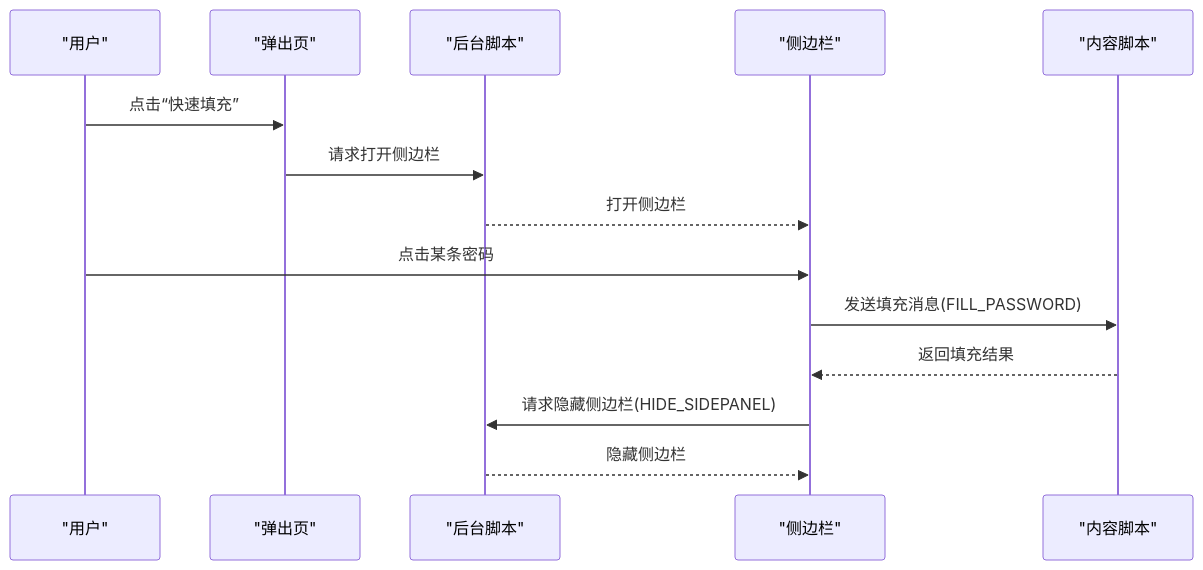
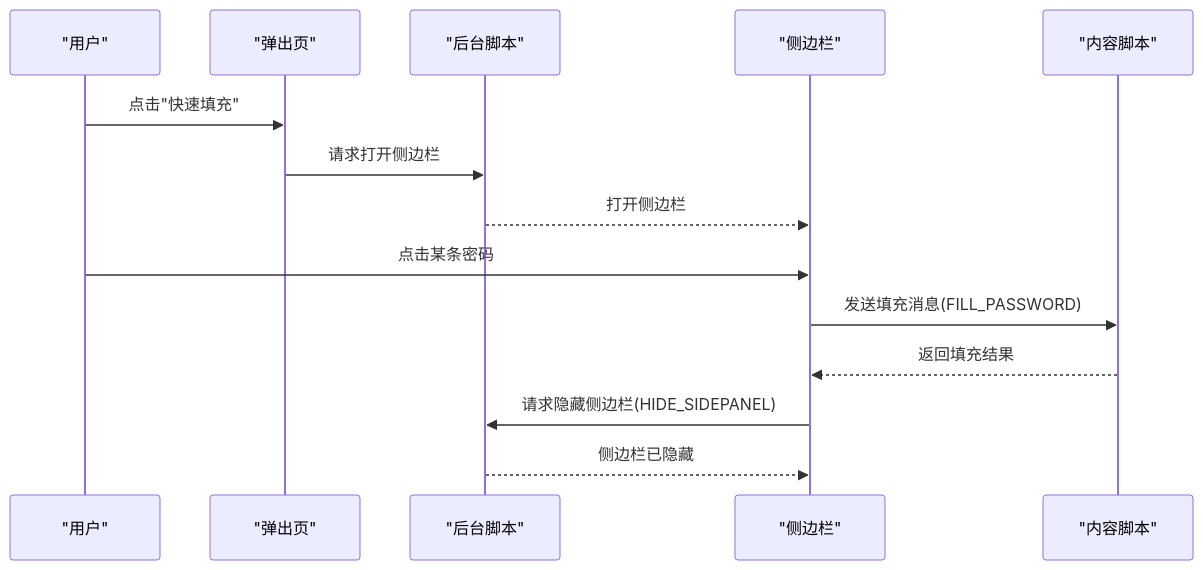
The second of 6 diagrams in .qoder/repowiki/zh/content/用户界面组件/用户界面组件.md (liaolongdong/account-password-helper), drawn with Mermaid before and after one commit. The commit also changed other lines of this file and 23 other files, not shown here.

````diff
--- a/.qoder/repowiki/zh/content/用户界面组件/用户界面组件.md
+++ b/.qoder/repowiki/zh/content/用户界面组件/用户界面组件.md
@@ -148,16 +176,16 @@
 ```mermaid
 sequenceDiagram
 participant User as "用户"
 participant Popup as "弹出页"
 participant BG as "后台脚本"
 participant SP as "侧边栏"
 participant CT as "内容脚本"
-User->>Popup : 点击“快速填充”
+User->>Popup : 点击"快速填充"
 Popup->>BG : 请求打开侧边栏
 BG-->>SP : 打开侧边栏
 User->>SP : 点击某条密码
 SP->>CT : 发送填充消息(FILL_PASSWORD)
 CT-->>SP : 返回填充结果
 SP->>BG : 请求隐藏侧边栏(HIDE_SIDEPANEL)
-BG-->>SP : 隐藏侧边栏
+BG-->>SP : 侧边栏已隐藏
 ```
````
